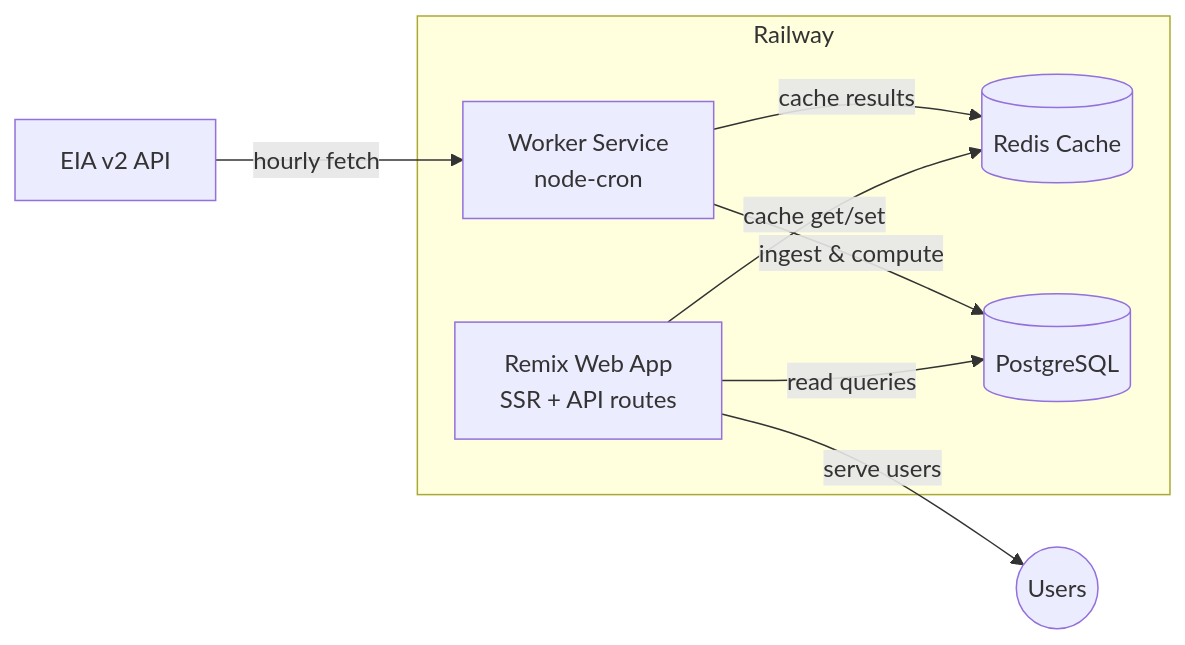
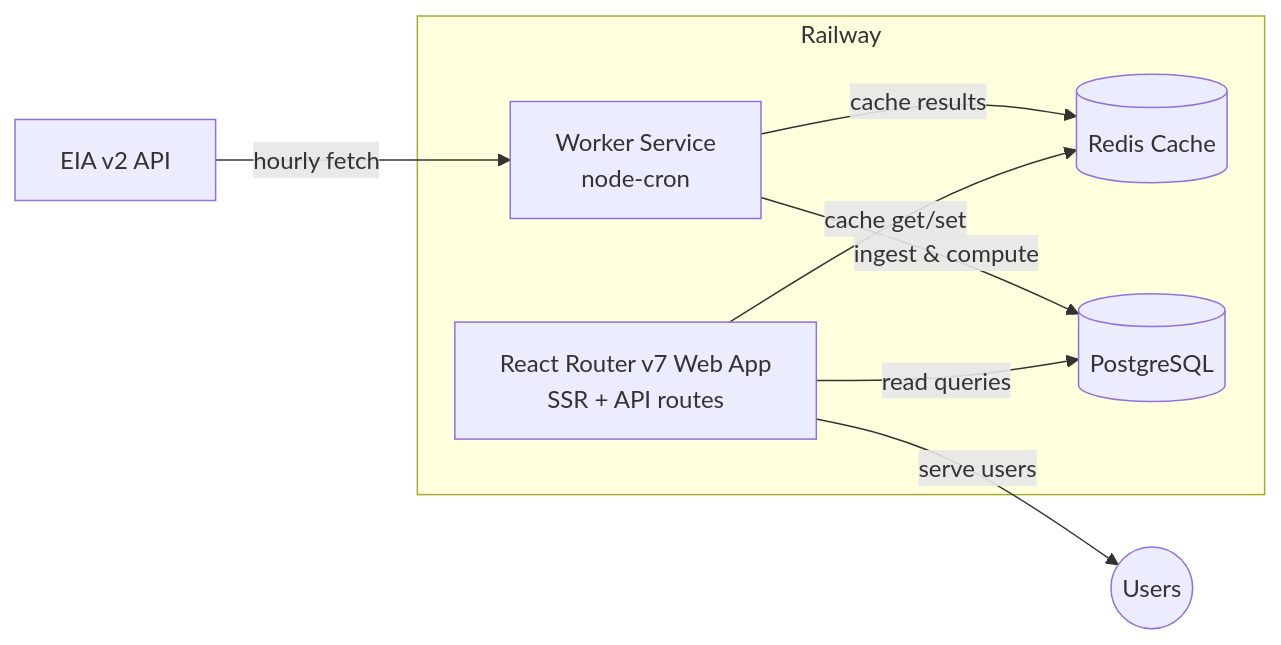
One commit to awynne/grid changed the diagram in docs/specs/GRID-008.md. Above: the diagram before and after it, drawn with Mermaid. The commit also changed other lines of this file and 12 other files, not shown here.

````diff
--- a/docs/specs/GRID-008.md
+++ b/docs/specs/GRID-008.md
@@ -47,15 +47,15 @@
 ```mermaid
 flowchart LR
   EIA[EIA v2 API] -->|hourly fetch| W[Worker Service]
   subgraph Railway
     W[Worker Service<br/>node-cron]
-    WEB[Remix Web App<br/>SSR + API routes]
+    WEB[React Router v7 Web App<br/>SSR + API routes]
     R[(Redis Cache)]
     PG[(PostgreSQL)]
   end
   W -->|ingest & compute| PG
   W -->|cache results| R
   WEB -->|read queries| PG
   WEB -->|cache get/set| R
   WEB -->|serve users| Users((Users))
 ```
````
